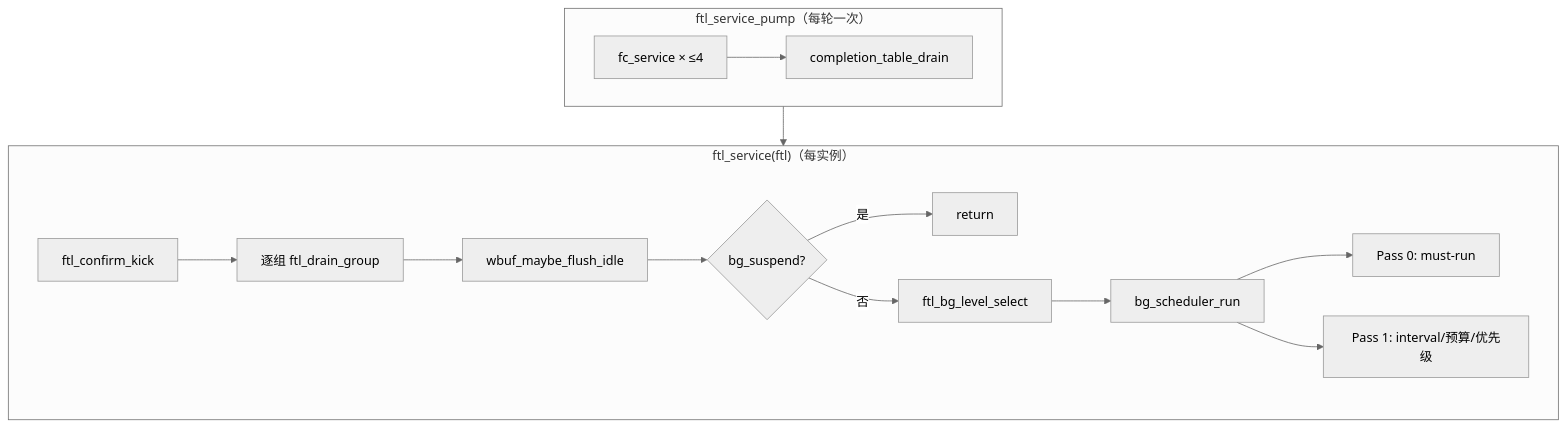
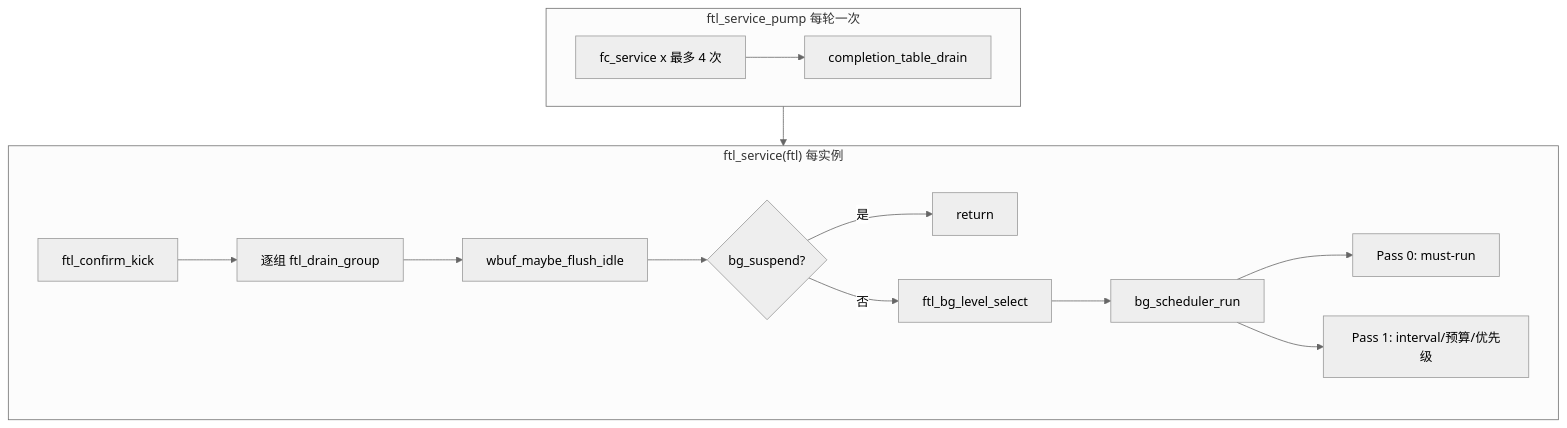
Before and after one commit to YzYMIAO/BASESSD: diagram 16 of 28 in docs/design/ftl_design.md, drawn with Mermaid (neutral theme). The commit also changed other lines of this file, not shown here.

First line of the commit message:
docs(ftl): 修复 GitHub 目录跳转与 mermaid 渲染

````diff
--- a/docs/design/ftl_design.md
+++ b/docs/design/ftl_design.md
@@ -2296,17 +2332,17 @@
 ```mermaid
 flowchart TB
-    subgraph PUMP["ftl_service_pump（每轮一次）"]
-        P1["fc_service × ≤4"] --> P2["completion_table_drain"]
+    subgraph PUMP["ftl_service_pump 每轮一次 "]
+        P1["fc_service x 最多 4 次"] --> P2["completion_table_drain"]
     end
-    subgraph SVC["ftl_service(ftl)（每实例）"]
+    subgraph SVC["ftl_service(ftl) 每实例 "]
         S1["ftl_confirm_kick"] --> S2["逐组 ftl_drain_group"]
         S2 --> S3["wbuf_maybe_flush_idle"]
         S3 --> S4{"bg_suspend?"}
         S4 -- "是" --> S5["return"]
         S4 -- "否" --> S6["ftl_bg_level_select"]
         S6 --> S7["bg_scheduler_run"]
         S7 --> S8["Pass 0: must-run"]
         S7 --> S9["Pass 1: interval/预算/优先级"]
     end
     PUMP --> SVC
 ```
````
